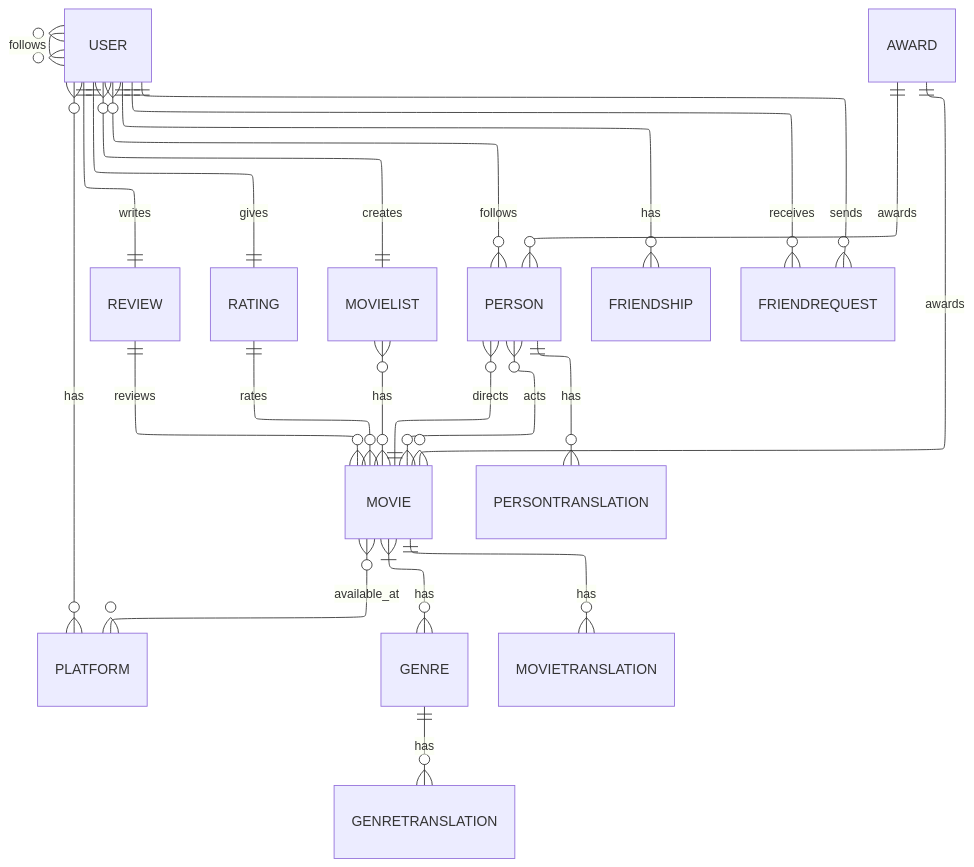
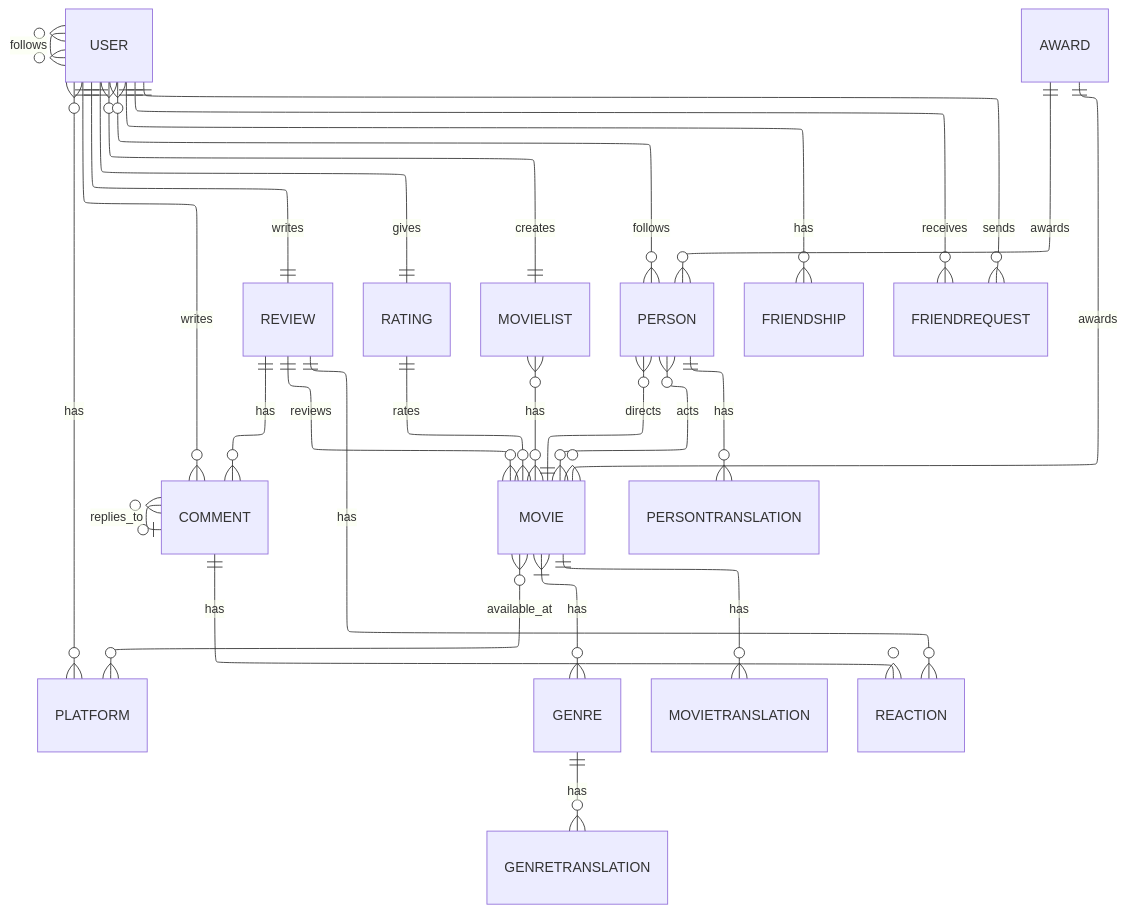
One commit to moviesxmovies/MoviesXMovies changed the first of 2 diagrams in docs/diagrams.md. Above: the diagram before and after it, drawn with Mermaid. The commit also changed other lines of this file and 1 other file, not shown here.

Commit message:
docs: updated diagrams

````diff
--- a/docs/diagrams.md
+++ b/docs/diagrams.md
@@ -8,29 +8,34 @@
 ```mermaid
 ---
 config:
   layout: elk
 ---
 
 erDiagram
     USER }o--o{ USER: follows
     USER ||--|| REVIEW: writes
     USER ||--|| RATING: gives
     USER }o--|| MOVIELIST: creates
     USER }o--o{ PERSON: follows
     USER }o--o{ PLATFORM: has
     USER ||--o{ FRIENDSHIP: has
     USER ||--o{ FRIENDREQUEST: sends
     USER ||--o{ FRIENDREQUEST: receives
+    USER ||--o{ COMMENT: writes
     PERSON }o--|| MOVIE: directs
     PERSON }o--o{ MOVIE: acts
     MOVIE }|--o{ GENRE: has
     MOVIE }o--o{ PLATFORM: available_at
     MOVIE ||--o{ MOVIETRANSLATION: has
     AWARD ||--o{ MOVIE: awards
     AWARD ||--o{ PERSON: awards
     MOVIELIST }o--o{ MOVIE: has
     RATING ||--o{ MOVIE: rates
     REVIEW ||--o{ MOVIE: reviews
     GENRE ||--o{ GENRETRANSLATION: has
-    PERSON  ||--o{ PERSONTRANSLATION: has
+    PERSON ||--o{ PERSONTRANSLATION: has
+    REVIEW ||--o{ COMMENT: has
+    COMMENT }o--o| COMMENT: replies_to
+    REVIEW ||--o{ REACTION: has
+    COMMENT ||--o{ REACTION: has    
 ```
````
